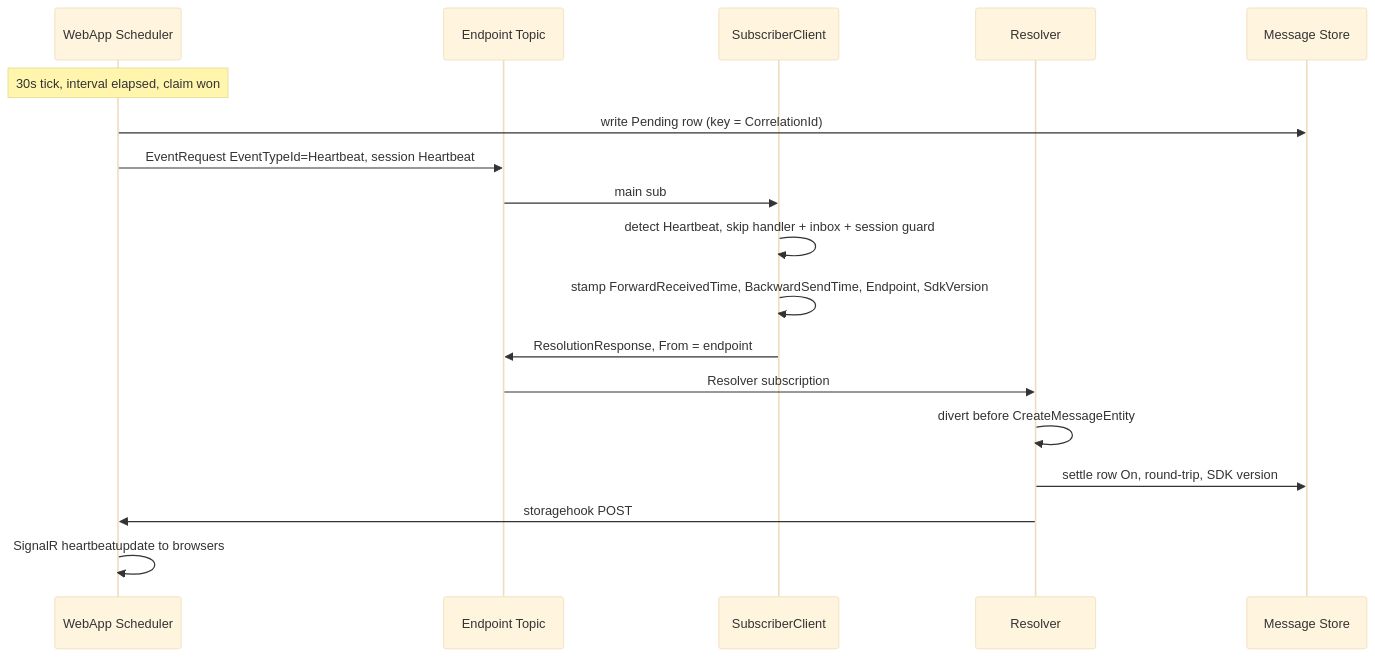
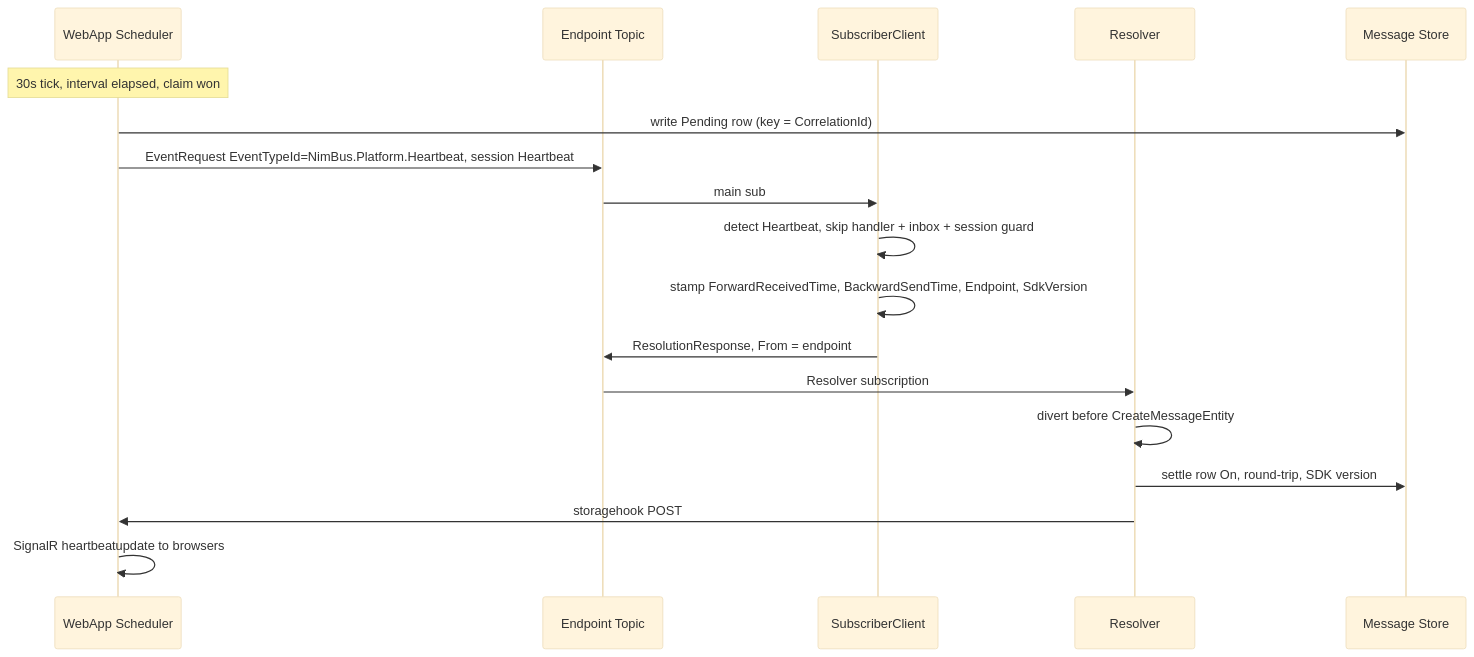
One commit to akakaule/NimBus changed the ninth of 15 diagrams in docs/message-flows.md. Above: the diagram before and after it, drawn with Mermaid (base theme). The commit also changed 5 other files, not shown here.

First line of the commit message:
fix(heartbeat): reserve a collision-proof EventTypeId for platform probes

````diff
--- a/docs/message-flows.md
+++ b/docs/message-flows.md
@@ -228,21 +228,21 @@
 ```mermaid
 sequenceDiagram
     participant Web as WebApp Scheduler
     participant Ep as Endpoint Topic
     participant Sub as SubscriberClient
     participant Res as Resolver
     participant Store as Message Store
 
     Note over Web: 30s tick, interval elapsed, claim won
     Web->>Store: write Pending row (key = CorrelationId)
-    Web->>Ep: EventRequest EventTypeId=Heartbeat, session Heartbeat
+    Web->>Ep: EventRequest EventTypeId=NimBus.Platform.Heartbeat, session Heartbeat
     Ep->>Sub: main sub
     Sub->>Sub: detect Heartbeat, skip handler + inbox + session guard
     Sub->>Sub: stamp ForwardReceivedTime, BackwardSendTime, Endpoint, SdkVersion
     Sub->>Ep: ResolutionResponse, From = endpoint
     Ep->>Res: Resolver subscription
     Res->>Res: divert before CreateMessageEntity
     Res->>Store: settle row On, round-trip, SDK version
     Res->>Web: storagehook POST
     Web->>Web: SignalR heartbeatupdate to browsers
 ```
````
